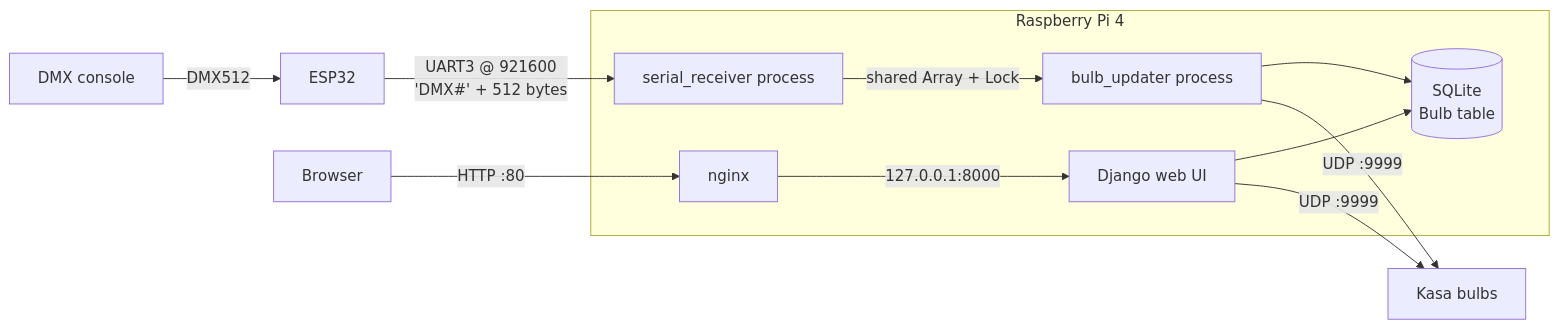
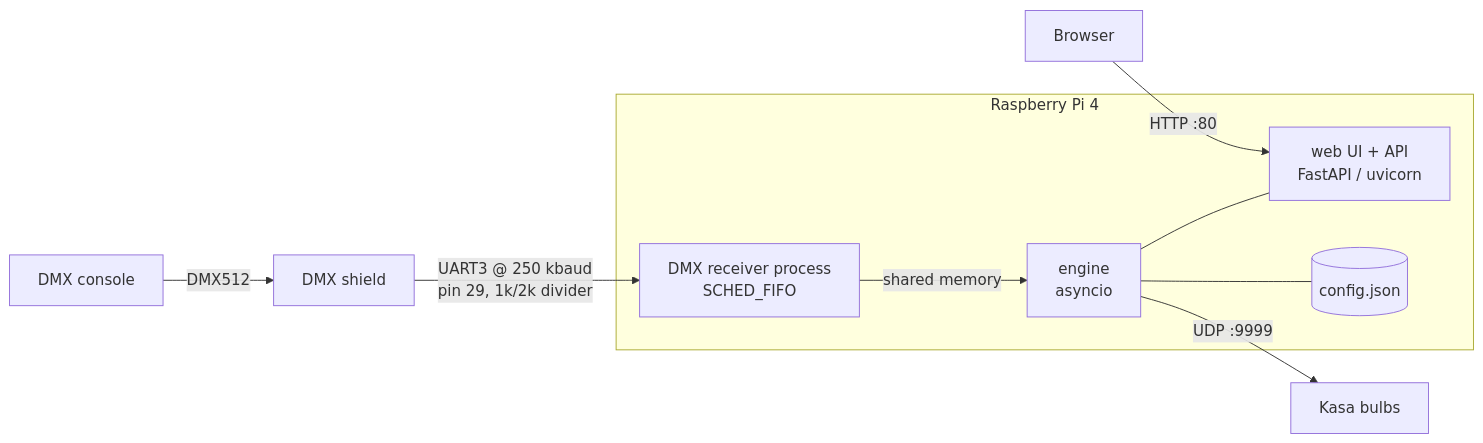
The diagram in README.md (yesterdayforgotten/dmx_smartbulb), drawn with Mermaid before and after one commit. The commit also changed other lines of this file, not shown here.

First line of the commit message:
README: describe the new engine, setup.sh, web UI, HSIC and firmware

````diff
--- a/README.md
+++ b/README.md
@@ -12,18 +13,16 @@
 ```mermaid
 flowchart LR
-    console[DMX console] -->|DMX512| esp[ESP32]
+    console[DMX console] -->|DMX512| shield[DMX shield]
     bulbs[Kasa bulbs]
     browser[Browser]
 
     subgraph pi[Raspberry Pi 4]
-        rx[serial_receiver process] -->|shared Array + Lock| up[bulb_updater process]
-        nginx -->|127.0.0.1:8000| web[Django web UI]
-        web --> db[(SQLite<br/>Bulb table)]
-        up --> db
+        rx[DMX receiver process<br/>SCHED_FIFO] -->|shared memory| eng[engine<br/>asyncio]
+        eng --- web[web UI + API<br/>FastAPI / uvicorn]
+        eng --- cfg[(config.json)]
     end
 
-    esp -->|"UART3 @ 921600<br/>'DMX#' + 512 bytes"| rx
-    browser -->|HTTP :80| nginx
-    up -->|UDP :9999| bulbs
-    web -->|UDP :9999| bulbs
+    shield -->|"UART3 @ 250 kbaud<br/>pin 29, 1k/2k divider"| rx
+    browser -->|HTTP :80| web
+    eng -->|UDP :9999| bulbs
 ```
````
